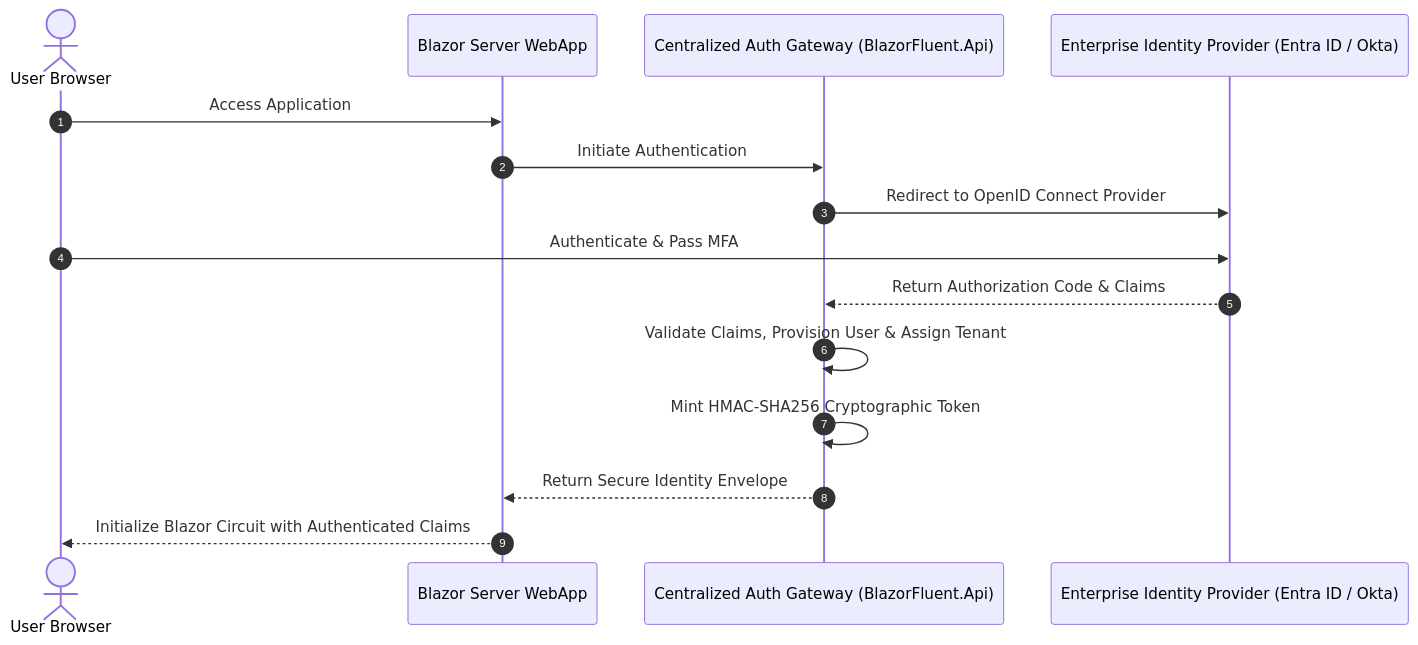
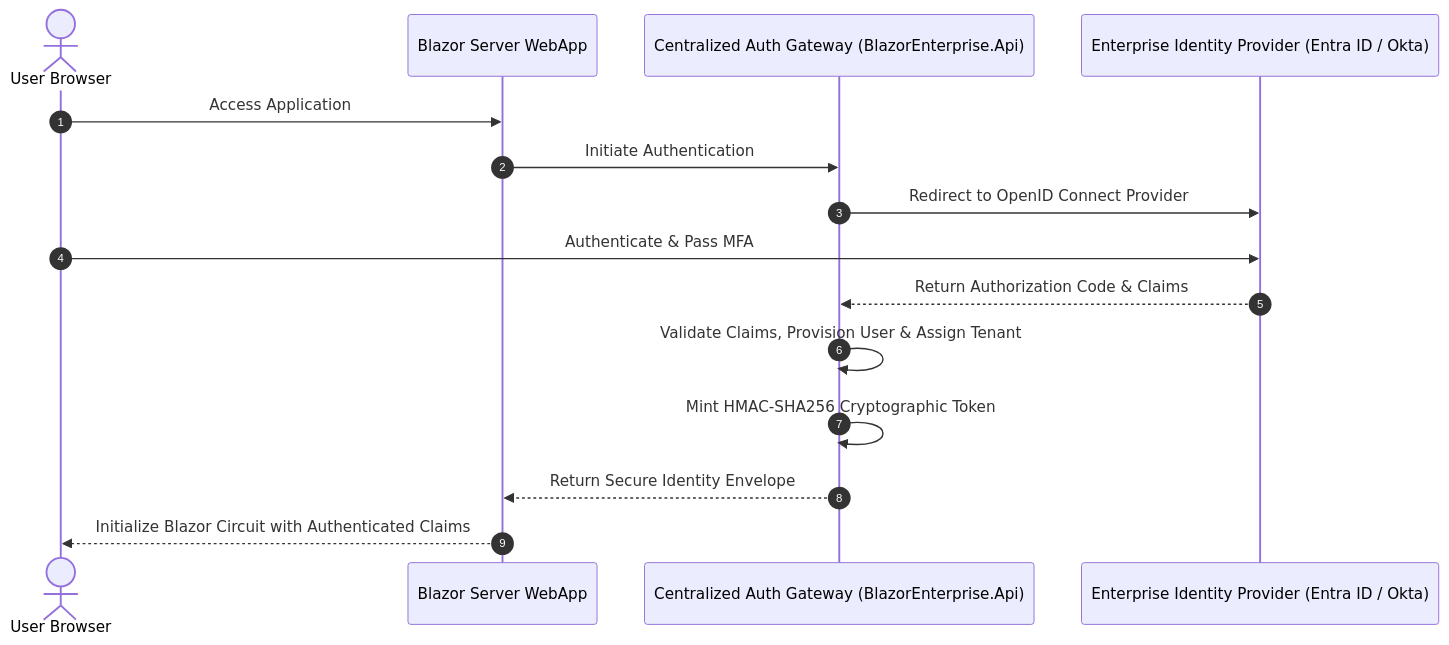
One commit to cheriansk/blazor-fluent changed the fourth of 11 diagrams in docs/03-Security-Model-and-Defense-in-Depth.md. Above: the diagram before and after it, drawn with Mermaid. The commit also changed other lines of this file and 1219 other files, not shown here.

````diff
--- a/docs/03-Security-Model-and-Defense-in-Depth.md
+++ b/docs/03-Security-Model-and-Defense-in-Depth.md
@@ -150,18 +150,18 @@
 ```mermaid
 sequenceDiagram
     autonumber
     actor User as User Browser
     participant Web as Blazor Server WebApp
-    participant Gateway as Centralized Auth Gateway (BlazorFluent.Api)
+    participant Gateway as Centralized Auth Gateway (BlazorEnterprise.Api)
     participant IdP as Enterprise Identity Provider (Entra ID / Okta)
 
     User->>Web: Access Application
     Web->>Gateway: Initiate Authentication
     Gateway->>IdP: Redirect to OpenID Connect Provider
     User->>IdP: Authenticate & Pass MFA
     IdP-->>Gateway: Return Authorization Code & Claims
     Gateway->>Gateway: Validate Claims, Provision User & Assign Tenant
     Gateway->>Gateway: Mint HMAC-SHA256 Cryptographic Token
     Gateway-->>Web: Return Secure Identity Envelope
     Web-->>User: Initialize Blazor Circuit with Authenticated Claims
 ```
````
